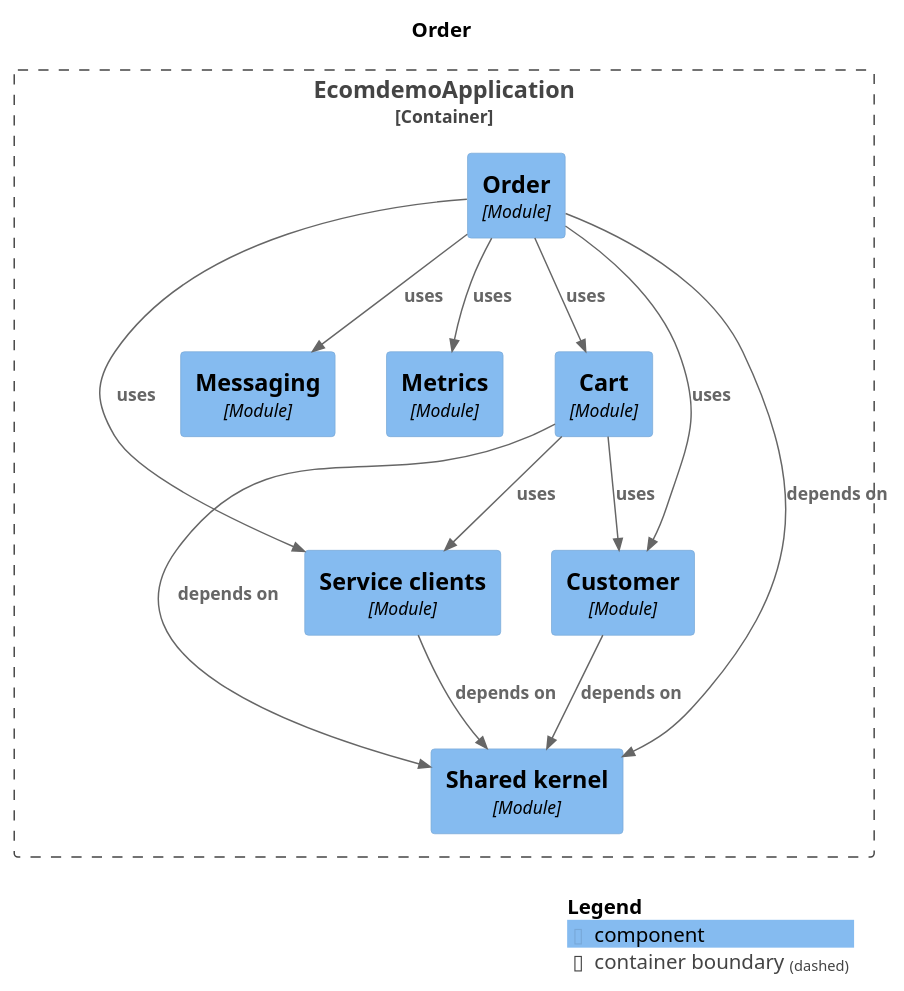
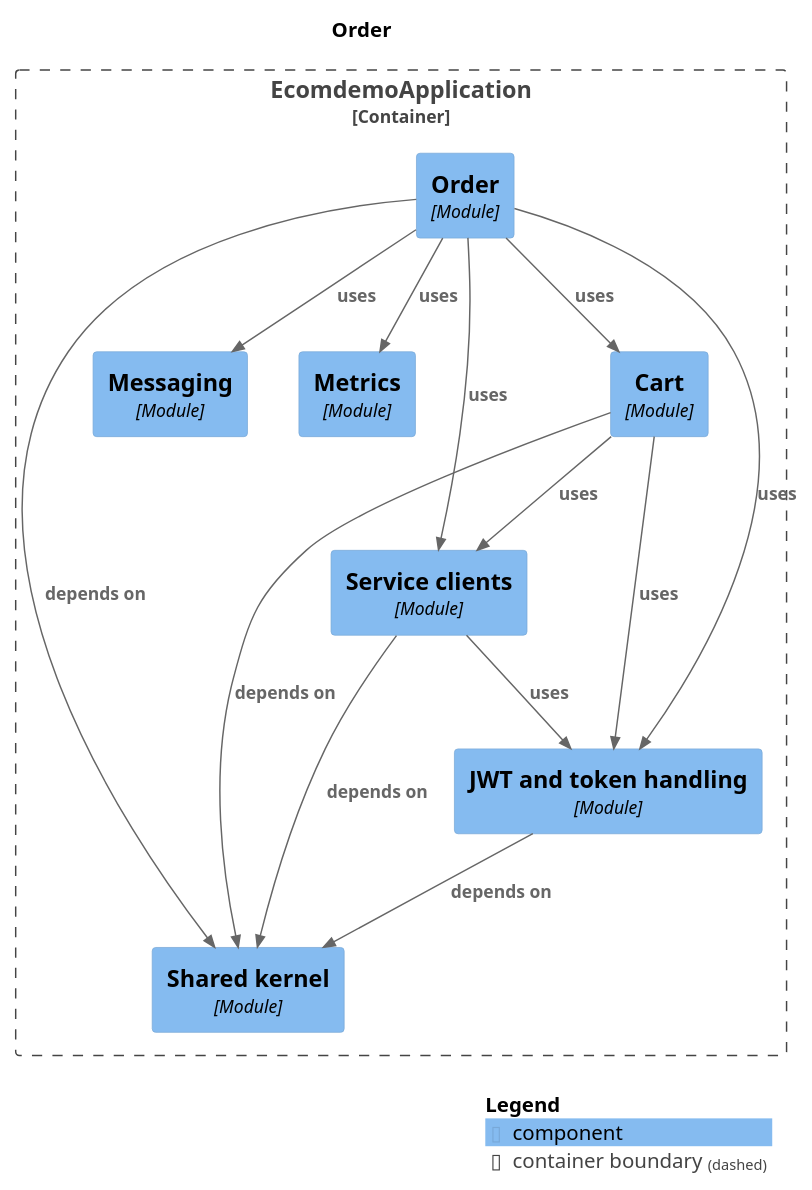
One commit to mr-sujay-patil/ecomdemo changed the diagram in docs/modules/module-order.puml. Above: the diagram before and after it, drawn with PlantUML. The commit also changed 96 other files, not shown here.

```diff
--- a/docs/modules/module-order.puml
+++ b/docs/modules/module-order.puml
@@ -1,34 +1,35 @@
 @startuml
 set separator none
 title Order
 
 top to bottom direction
 
 !include <C4/C4>
 !include <C4/C4_Context>
 !include <C4/C4_Component>
 
 Container_Boundary("EcomdemoApplication.EcomdemoApplication_boundary", "EcomdemoApplication", $tags="") {
   Component(EcomdemoApplication.EcomdemoApplication.Cart, "Cart", $techn="Module", $descr="", $tags="", $link="")
   Component(EcomdemoApplication.EcomdemoApplication.Order, "Order", $techn="Module", $descr="", $tags="", $link="")
   Component(EcomdemoApplication.EcomdemoApplication.Messaging, "Messaging", $techn="Module", $descr="", $tags="", $link="")
   Component(EcomdemoApplication.EcomdemoApplication.Metrics, "Metrics", $techn="Module", $descr="", $tags="", $link="")
   Component(EcomdemoApplication.EcomdemoApplication.Sharedkernel, "Shared kernel", $techn="Module", $descr="", $tags="", $link="")
+  Component(EcomdemoApplication.EcomdemoApplication.JWTandtokenhandling, "JWT and token handling", $techn="Module", $descr="", $tags="", $link="")
   Component(EcomdemoApplication.EcomdemoApplication.Serviceclients, "Service clients", $techn="Module", $descr="", $tags="", $link="")
-  Component(EcomdemoApplication.EcomdemoApplication.Customer, "Customer", $techn="Module", $descr="", $tags="", $link="")
 }
 
-Rel(EcomdemoApplication.EcomdemoApplication.Cart, EcomdemoApplication.EcomdemoApplication.Customer, "uses", $techn="", $tags="", $link="")
+Rel(EcomdemoApplication.EcomdemoApplication.Cart, EcomdemoApplication.EcomdemoApplication.JWTandtokenhandling, "uses", $techn="", $tags="", $link="")
 Rel(EcomdemoApplication.EcomdemoApplication.Cart, EcomdemoApplication.EcomdemoApplication.Serviceclients, "uses", $techn="", $tags="", $link="")
 Rel(EcomdemoApplication.EcomdemoApplication.Cart, EcomdemoApplication.EcomdemoApplication.Sharedkernel, "depends on", $techn="", $tags="", $link="")
-Rel(EcomdemoApplication.EcomdemoApplication.Customer, EcomdemoApplication.EcomdemoApplication.Sharedkernel, "depends on", $techn="", $tags="", $link="")
+Rel(EcomdemoApplication.EcomdemoApplication.JWTandtokenhandling, EcomdemoApplication.EcomdemoApplication.Sharedkernel, "depends on", $techn="", $tags="", $link="")
 Rel(EcomdemoApplication.EcomdemoApplication.Order, EcomdemoApplication.EcomdemoApplication.Cart, "uses", $techn="", $tags="", $link="")
-Rel(EcomdemoApplication.EcomdemoApplication.Order, EcomdemoApplication.EcomdemoApplication.Customer, "uses", $techn="", $tags="", $link="")
+Rel(EcomdemoApplication.EcomdemoApplication.Order, EcomdemoApplication.EcomdemoApplication.JWTandtokenhandling, "uses", $techn="", $tags="", $link="")
 Rel(EcomdemoApplication.EcomdemoApplication.Order, EcomdemoApplication.EcomdemoApplication.Messaging, "uses", $techn="", $tags="", $link="")
 Rel(EcomdemoApplication.EcomdemoApplication.Order, EcomdemoApplication.EcomdemoApplication.Metrics, "uses", $techn="", $tags="", $link="")
 Rel(EcomdemoApplication.EcomdemoApplication.Order, EcomdemoApplication.EcomdemoApplication.Serviceclients, "uses", $techn="", $tags="", $link="")
 Rel(EcomdemoApplication.EcomdemoApplication.Order, EcomdemoApplication.EcomdemoApplication.Sharedkernel, "depends on", $techn="", $tags="", $link="")
+Rel(EcomdemoApplication.EcomdemoApplication.Serviceclients, EcomdemoApplication.EcomdemoApplication.JWTandtokenhandling, "uses", $techn="", $tags="", $link="")
 Rel(EcomdemoApplication.EcomdemoApplication.Serviceclients, EcomdemoApplication.EcomdemoApplication.Sharedkernel, "depends on", $techn="", $tags="", $link="")
 
 SHOW_LEGEND(true)
 @enduml
```
